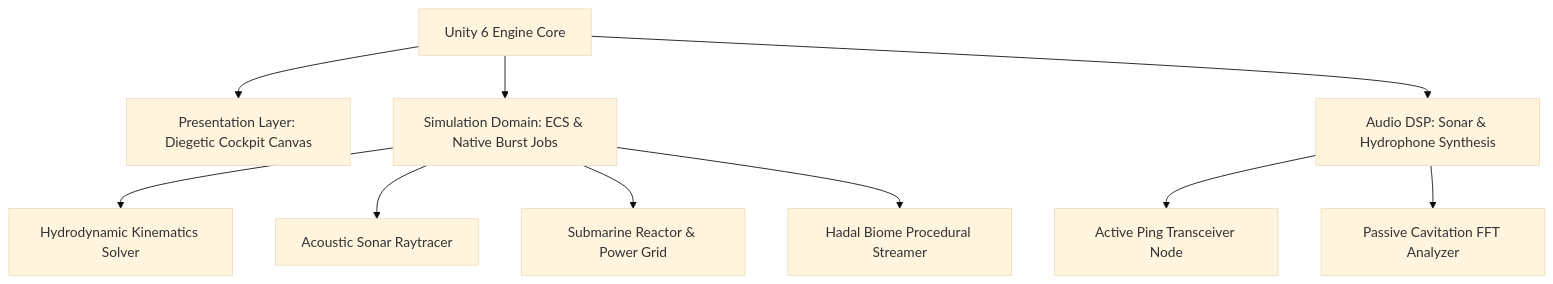
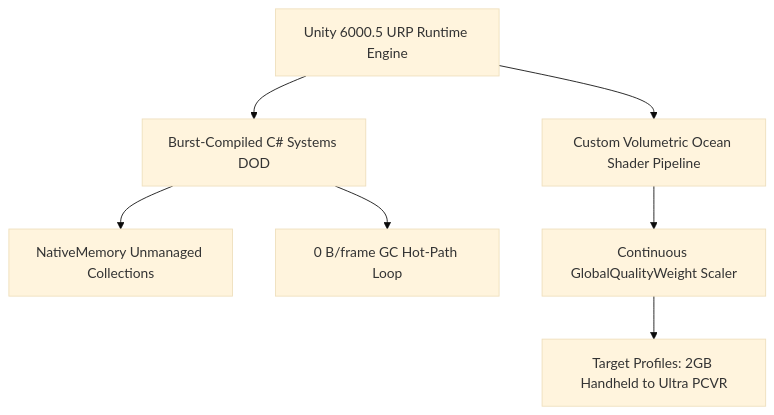
The first of 2 diagrams in README.md (marko1olo/Hecton8), drawn with Mermaid (base theme) before and after one commit. The commit also changed other lines of this file, not shown here.

````diff
--- a/README.md
+++ b/README.md
@@ -27,14 +116,9 @@
 ```mermaid
 graph TD
-    A[Unity 6 Engine Core] --> B[Presentation Layer: Diegetic Cockpit Canvas]
-    A --> C[Simulation Domain: ECS & Native Burst Jobs]
-    A --> D[Audio DSP: Sonar & Hydrophone Synthesis]
-    
-    C --> C1[Hydrodynamic Kinematics Solver]
-    C --> C2[Acoustic Sonar Raytracer]
-    C --> C3[Submarine Reactor & Power Grid]
-    C --> C4[Hadal Biome Procedural Streamer]
-    
-    D --> D1[Active Ping Transceiver Node]
-    D --> D2[Passive Cavitation FFT Analyzer]
+    A[Unity 6000.5 URP Runtime Engine] --> B[Custom Volumetric Ocean Shader Pipeline]
+    A --> C[Burst-Compiled C# Systems DOD]
+    C --> D[NativeMemory Unmanaged Collections]
+    C --> E[0 B/frame GC Hot-Path Loop]
+    B --> F[Continuous GlobalQualityWeight Scaler]
+    F --> G[Target Profiles: 2GB Handheld to Ultra PCVR]
 ```
````
